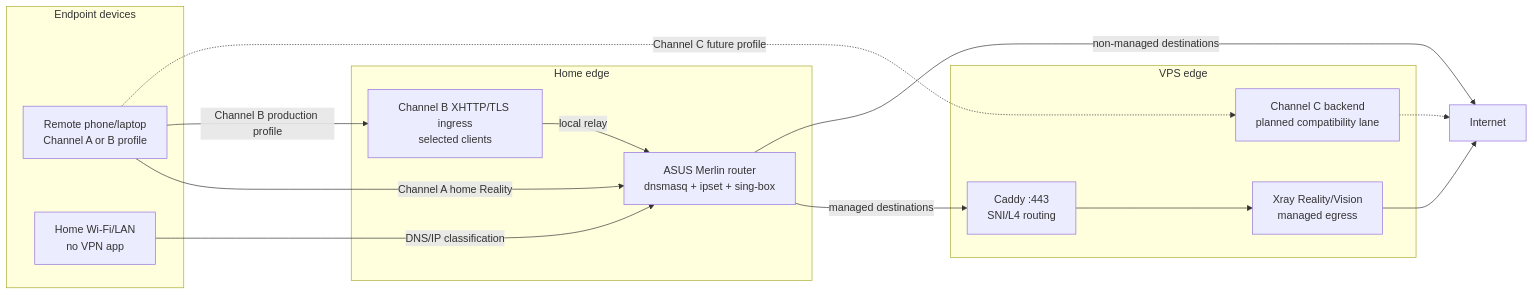
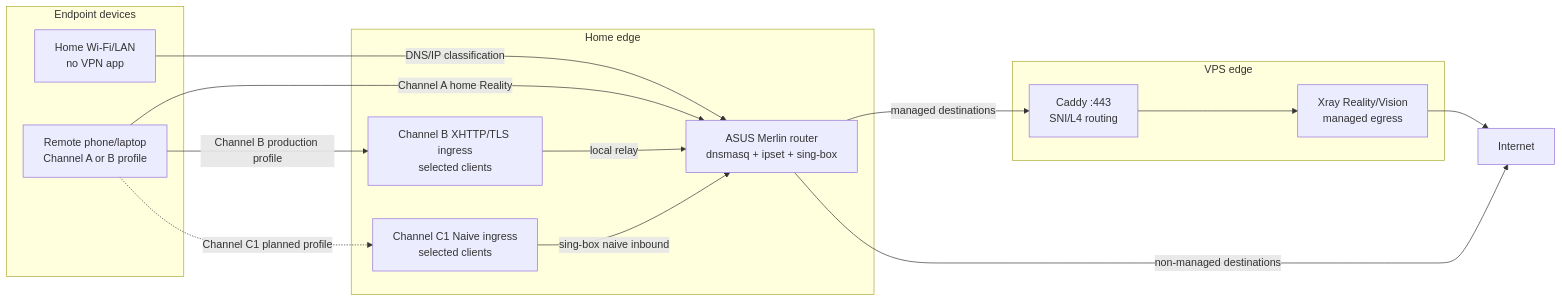
The diagram in README.md (eiler2005/ghostroute), drawn with Mermaid before and after one commit. The commit also changed other lines of this file and 39 other files, not shown here.

Commit message:
Implement Channel C1 home-first Naive lane

````diff
--- a/README.md
+++ b/README.md
@@ -24,28 +24,29 @@
 ```mermaid
 flowchart LR
     subgraph Endpoint["Endpoint devices"]
         Mobile["Remote phone/laptop<br/>Channel A or B profile"]
         LAN["Home Wi-Fi/LAN<br/>no VPN app"]
     end
 
     subgraph Home["Home edge"]
         Router["ASUS Merlin router<br/>dnsmasq + ipset + sing-box"]
         ChannelB["Channel B XHTTP/TLS ingress<br/>selected clients"]
+        ChannelC["Channel C1 Naive ingress<br/>selected clients"]
     end
 
     subgraph VPS["VPS edge"]
         Caddy["Caddy :443<br/>SNI/L4 routing"]
         Xray["Xray Reality/Vision<br/>managed egress"]
-        ChannelC["Channel C backend<br/>planned compatibility lane"]
     end
 
     Internet["Internet"]
 
     LAN -->|"DNS/IP classification"| Router
     Mobile -->|"Channel A home Reality"| Router
     Mobile -->|"Channel B production profile"| ChannelB
+    Mobile -. "Channel C1 planned profile" .-> ChannelC
     ChannelB -->|"local relay"| Router
+    ChannelC -->|"sing-box naive inbound"| Router
     Router -->|"managed destinations"| Caddy --> Xray --> Internet
     Router -->|"non-managed destinations"| Internet
-    Mobile -. "Channel C future profile" .-> ChannelC -.-> Internet
 ```
````
